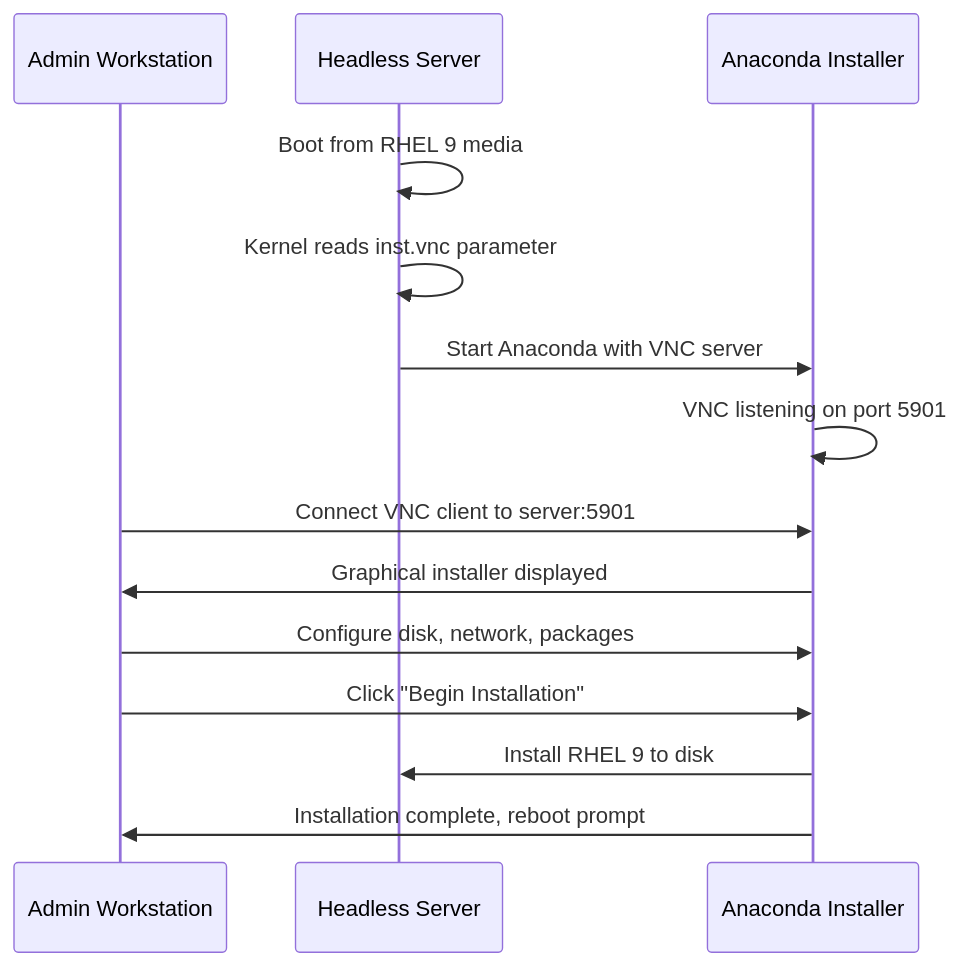
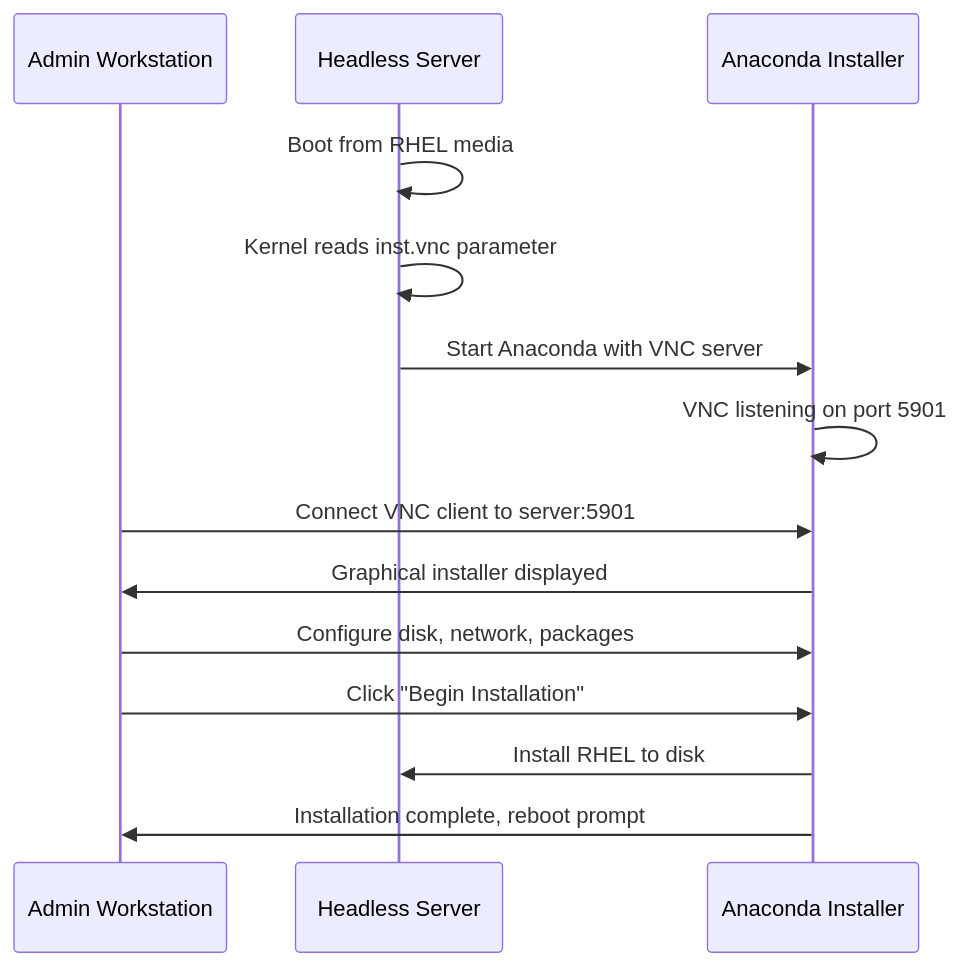
Before and after one commit to OneUptime/blog: the diagram in posts/2026-03-04-rhel-9-headless-server-vnc-installer/README.md, drawn with Mermaid. The commit also changed other lines of this file and 4866 other files, not shown here.

````diff
--- a/posts/2026-03-04-rhel-9-headless-server-vnc-installer/README.md
+++ b/posts/2026-03-04-rhel-9-headless-server-vnc-installer/README.md
@@ -77,17 +77,17 @@
 ```mermaid
 sequenceDiagram
     participant Admin as Admin Workstation
     participant Server as Headless Server
     participant Anaconda as Anaconda Installer
 
-    Server->>Server: Boot from RHEL 9 media
+    Server->>Server: Boot from RHEL media
     Server->>Server: Kernel reads inst.vnc parameter
     Server->>Anaconda: Start Anaconda with VNC server
     Anaconda->>Anaconda: VNC listening on port 5901
     Admin->>Anaconda: Connect VNC client to server:5901
     Anaconda->>Admin: Graphical installer displayed
     Admin->>Anaconda: Configure disk, network, packages
     Admin->>Anaconda: Click "Begin Installation"
-    Anaconda->>Server: Install RHEL 9 to disk
+    Anaconda->>Server: Install RHEL to disk
     Anaconda->>Admin: Installation complete, reboot prompt
 ```
````
